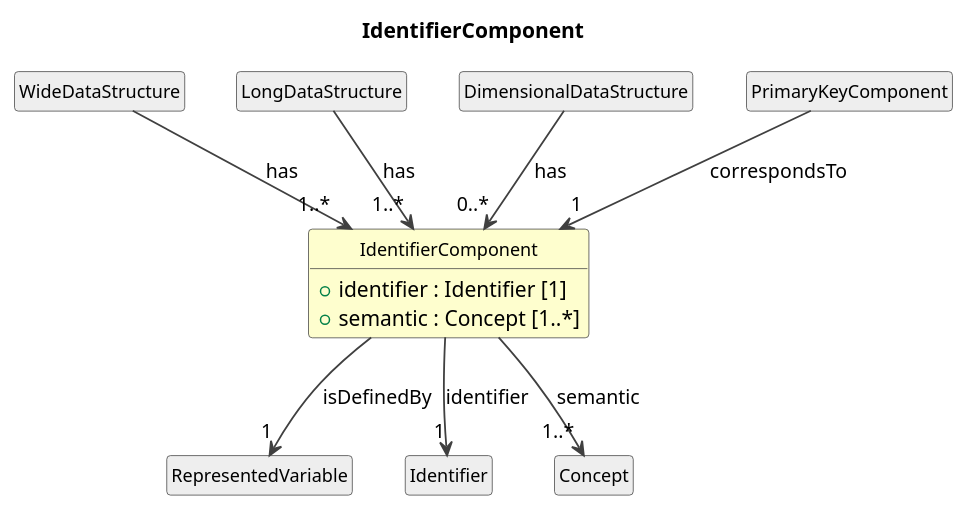
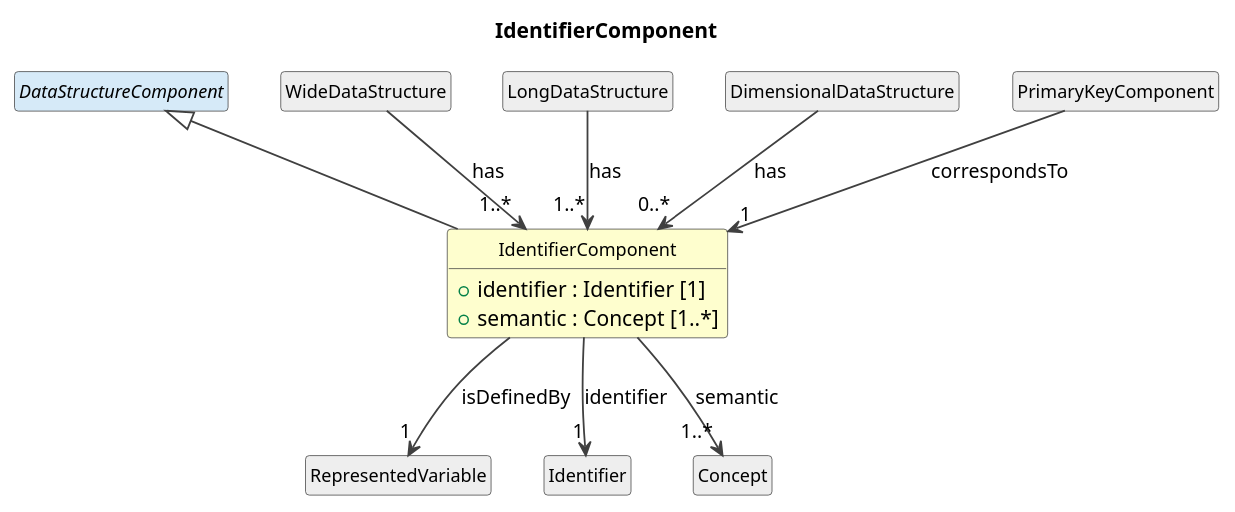
The diagram in cdif-uml-model/CDIFDataStructure/Classes/IdentifierComponent.pu (Cross-Domain-Interoperability-Framework/metadataBuildingBlocks), drawn with PlantUML before and after one commit. The commit also changed 78 other files, not shown here.

First line of the commit message:
Regenerate model browser: DataStructure hierarchy + toggle/sticky/clip UI fixes

```diff
--- a/cdif-uml-model/CDIFDataStructure/Classes/IdentifierComponent.pu
+++ b/cdif-uml-model/CDIFDataStructure/Classes/IdentifierComponent.pu
@@ -1,32 +1,34 @@
 @startuml
 title IdentifierComponent
 hide circle
 hide empty members
 skinparam shadowing false
 skinparam ArrowThickness 1.2
 skinparam class {
   ArrowColor #404040
   BorderColor #404040
   FontSize 12
 }
 
 class "IdentifierComponent" as IdentifierComponent #FEFECE {
   +identifier : Identifier [1]
   +semantic : Concept [1..*]
 }
+abstract class "DataStructureComponent" as DataStructureComponent #D6EAF8
+DataStructureComponent <|-- IdentifierComponent
 class "WideDataStructure" as WideDataStructure #EEEEEE
 WideDataStructure --> "1..*" IdentifierComponent : has
 class "LongDataStructure" as LongDataStructure #EEEEEE
 LongDataStructure --> "1..*" IdentifierComponent : has
 class "DimensionalDataStructure" as DimensionalDataStructure #EEEEEE
 DimensionalDataStructure --> "0..*" IdentifierComponent : has
 class "RepresentedVariable" as RepresentedVariable #EEEEEE
 IdentifierComponent --> "1" RepresentedVariable : isDefinedBy
 class "PrimaryKeyComponent" as PrimaryKeyComponent #EEEEEE
 PrimaryKeyComponent --> "1" IdentifierComponent : correspondsTo
 class "Identifier" as Identifier #EEEEEE
 IdentifierComponent --> "1" Identifier : identifier
 class "Concept" as Concept #EEEEEE
 IdentifierComponent --> "1..*" Concept : semantic
 
 @enduml
```
